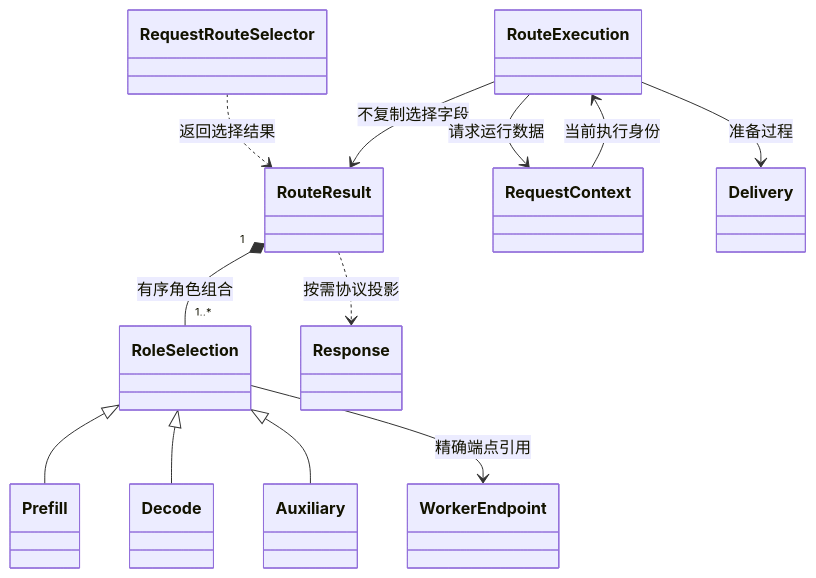
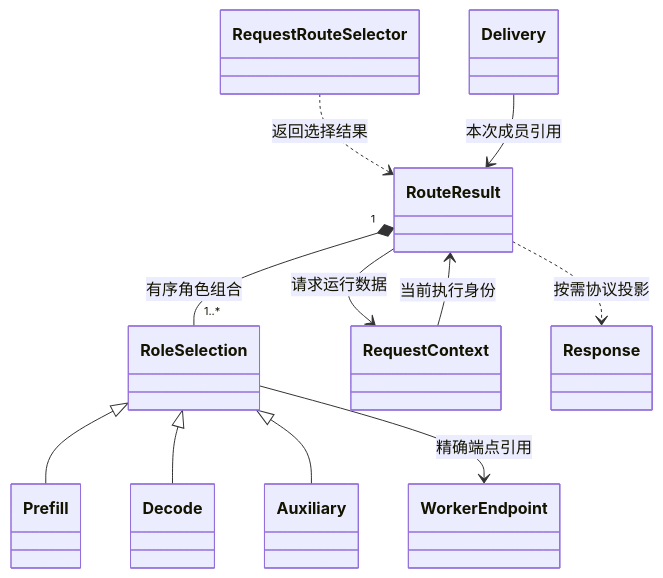
One commit to alibaba/rtp-llm changed the first of 3 diagrams in rtp_llm/flexlb/docs/current-class-diagram.md. Above: the diagram before and after it, drawn with Mermaid. The commit also changed other lines of this file and 333 other files, not shown here.

````diff
--- a/rtp_llm/flexlb/docs/current-class-diagram.md
+++ b/rtp_llm/flexlb/docs/current-class-diagram.md
@@ -10,14 +10,13 @@
 ```mermaid
 classDiagram
     RequestRouteSelector ..> RouteResult : 返回选择结果
     RoleSelection <|-- Prefill
     RoleSelection <|-- Decode
     RoleSelection <|-- Auxiliary
     RouteResult "1" *-- "1..*" RoleSelection : 有序角色组合
     RoleSelection --> WorkerEndpoint : 精确端点引用
-    RouteExecution --> RouteResult : 不复制选择字段
-    RouteExecution --> RequestContext : 请求运行数据
-    RouteExecution --> Delivery : 准备过程
-    RequestContext --> RouteExecution : 当前执行身份
+    RouteResult --> RequestContext : 请求运行数据
+    Delivery --> RouteResult : 本次成员引用
+    RequestContext --> RouteResult : 当前执行身份
     RouteResult ..> Response : 按需协议投影
 ```
````
